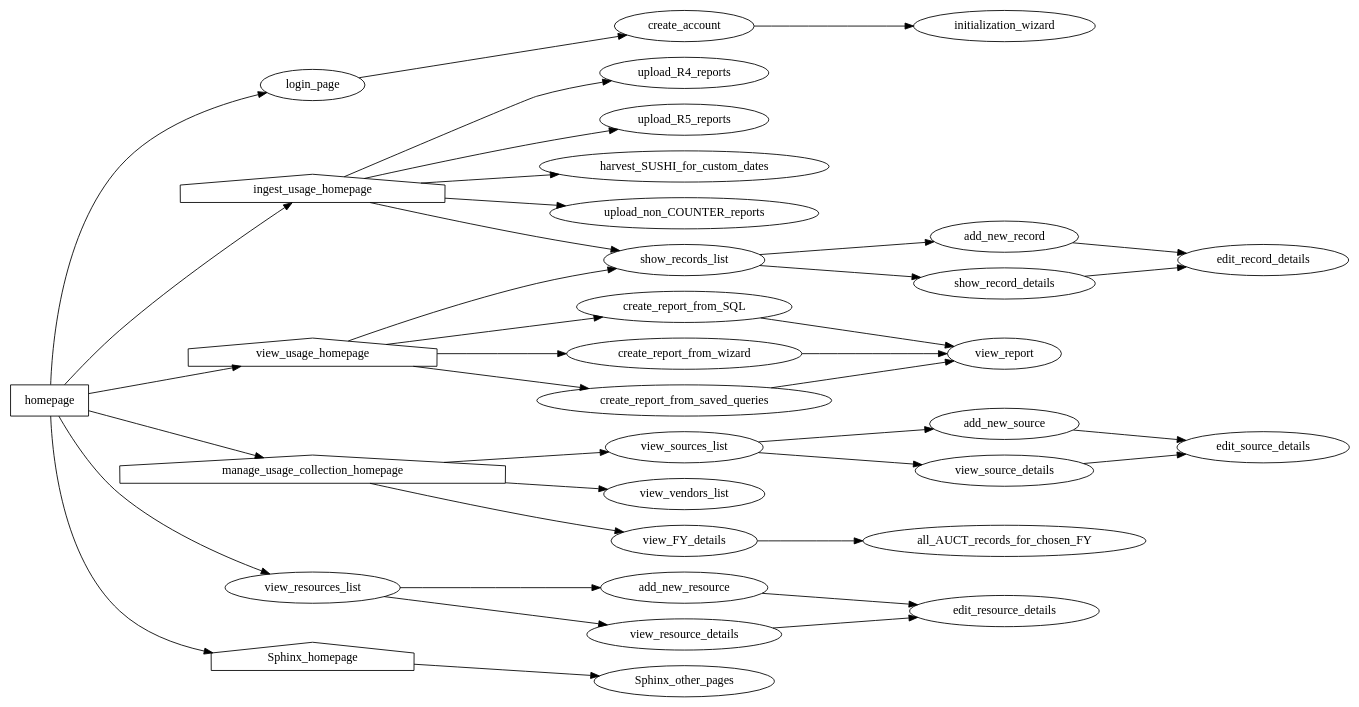
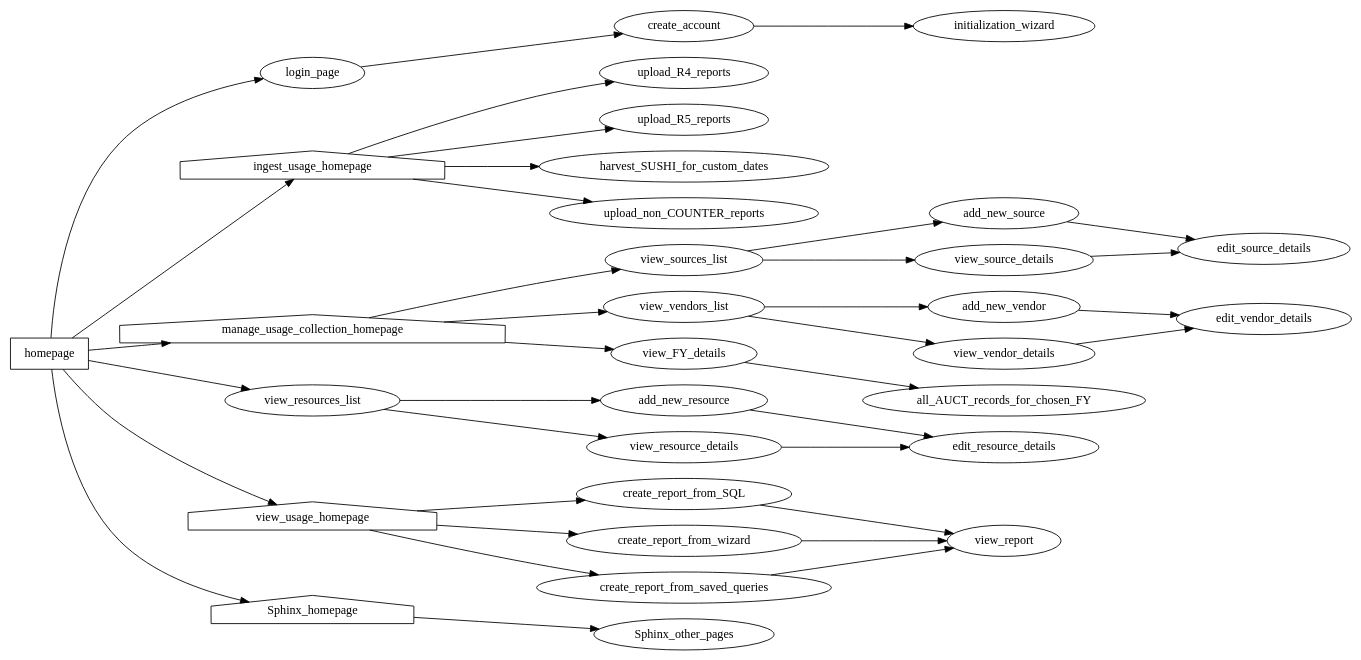
The diagram in docs/source/sitemap.dot (ereiskind/nolcat), drawn with Graphviz before and after one commit. The commit also changed 2 other files, not shown here.

Commit message:
Create `view_vendors` blueprint

```diff
--- a/docs/source/sitemap.dot
+++ b/docs/source/sitemap.dot
@@ -1,120 +1,112 @@
 digraph nolcat_sitemap {
     /* *** NoLCAT SITEMAP *** */
     rankdir=LR
 
 
     /* *** Main NoLCAT Folder *** */
     homepage [shape="box"]
         homepage -> login_page
         homepage -> ingest_usage_homepage
         homepage -> manage_usage_collection_homepage
         homepage -> view_resources_list
         homepage -> view_usage_homepage
         homepage -> Sphinx_homepage
     
 
     /* *** `login` Blueprint *** */
     login_page
         login_page -> create_account
     // Account creation may not be needed--a single set of credentials for each user type may be created instead
     create_account
         create_account -> initialization_wizard // Page in `ingest` section; linkage because program will request data for database initialization upon creation of first account
     // And any other pages needed for authentication
 
 
     /* *** `initialization` Blueprint *** */
     initialization_wizard
 
 
     /* *** `ingest_usage` Blueprint *** */
     ingest_usage_homepage [shape="house"]
         ingest_usage_homepage -> upload_R4_reports
         ingest_usage_homepage -> upload_R5_reports
         ingest_usage_homepage -> harvest_SUSHI_for_custom_dates
         ingest_usage_homepage -> upload_non_COUNTER_reports
     upload_R4_reports
     upload_R5_reports
     harvest_SUSHI_for_custom_dates
     upload_non_COUNTER_reports
 
 
     /* *** `annual_stats` Blueprint *** */
     manage_usage_collection_homepage [shape="house"]
         manage_usage_collection_homepage -> view_sources_list // For StatisticsSources and ResourceSources
         manage_usage_collection_homepage -> view_vendors_list
         manage_usage_collection_homepage -> view_FY_details // The FY for which the details will be shown is selected before going to the page
     view_FY_details
         view_FY_details -> all_AUCT_records_for_chosen_FY
     all_AUCT_records_for_chosen_FY
 
 
     /* *** `view_resources` Blueprint *** */
     // At present, resources are purely generated by SUSHI R5 harvests and have no notes atached to them. How should notes be incorporated? Should editing the list or its entries be allowed? Is this where non-title extra data should be used--saved in a table with fields for the data and the metadata label, which is displayed here with Jinja? What about non-COUNTER resources?
     view_resources_list
         view_resources_list -> add_new_resource
         view_resources_list -> view_resource_details
     add_new_resource
         add_new_resource -> edit_resource_details // To provide info for the new resource
     view_resource_details
         view_resource_details -> edit_resource_details
     edit_resource_details // Includes adding or editing notes
 
 
     /* *** `view_sources` Blueprint *** */
     // StatisticsSources and ResourceSources are similar enough in structure and purpose that the same Flask logic and Jinja templates can be used
     view_sources_list
         view_sources_list -> add_new_source
         view_sources_list -> view_source_details
     add_new_source
         add_new_source -> edit_source_details // To provide info for the new source
     view_source_details
         view_source_details -> edit_source_details
     edit_source_details // Includes adding or editing notes
+
+
+     /* *** `view_vendors` Blueprint *** */
+    view_vendors_list
+        view_vendors_list -> add_new_vendor
+        view_vendors_list -> view_vendor_details
+    add_new_vendor
+        add_new_vendor -> edit_vendor_details // To provide info for the new vendor
+    view_vendor_details
+        view_vendor_details -> edit_vendor_details
+    edit_vendor_details // Includes adding or editing notes
     
 
 
 
 
     /* ******************************************************************************************* */
-    
-
-
-    /* *** `ingest` Blueprint *** */
-    ingest_usage_homepage [shape="house"]
-
-        ingest_usage_homepage -> show_records_list
-   
 
     /* *** `view` Blueprint *** */
     view_usage_homepage [shape="house"]
         view_usage_homepage -> create_report_from_SQL
         view_usage_homepage -> create_report_from_wizard
         view_usage_homepage -> create_report_from_saved_queries
-        view_usage_homepage -> show_records_list
     
     
     // Pages for Querying and Displaying Usage Data
     create_report_from_SQL // Runs a custom SQL statement against the database
         create_report_from_SQL -> view_report
     create_report_from_wizard // GUI options are used to write SQL behind the scenes
         create_report_from_wizard -> view_report
     create_report_from_saved_queries // SQL statements that are either complete or only ask for one input for commonly asked questions
         create_report_from_saved_queries -> view_report
     view_report
 
-    // Pages for Viewing, Adding, and Editing Records to a Relation
-    show_records_list
-        show_records_list -> add_new_record
-        show_records_list -> show_record_details
-    add_new_record
-        add_new_record -> edit_record_details // To provide info for the new record
-    show_record_details
-        show_record_details -> edit_record_details
-    edit_record_details // Includes adding or editing notes
-
 
     /* *** Sphinx *** */
     Sphinx_homepage [shape="house"]
         Sphinx_homepage -> Sphinx_other_pages
     Sphinx_other_pages // Use Sphinx itself for site organization
 }
```
